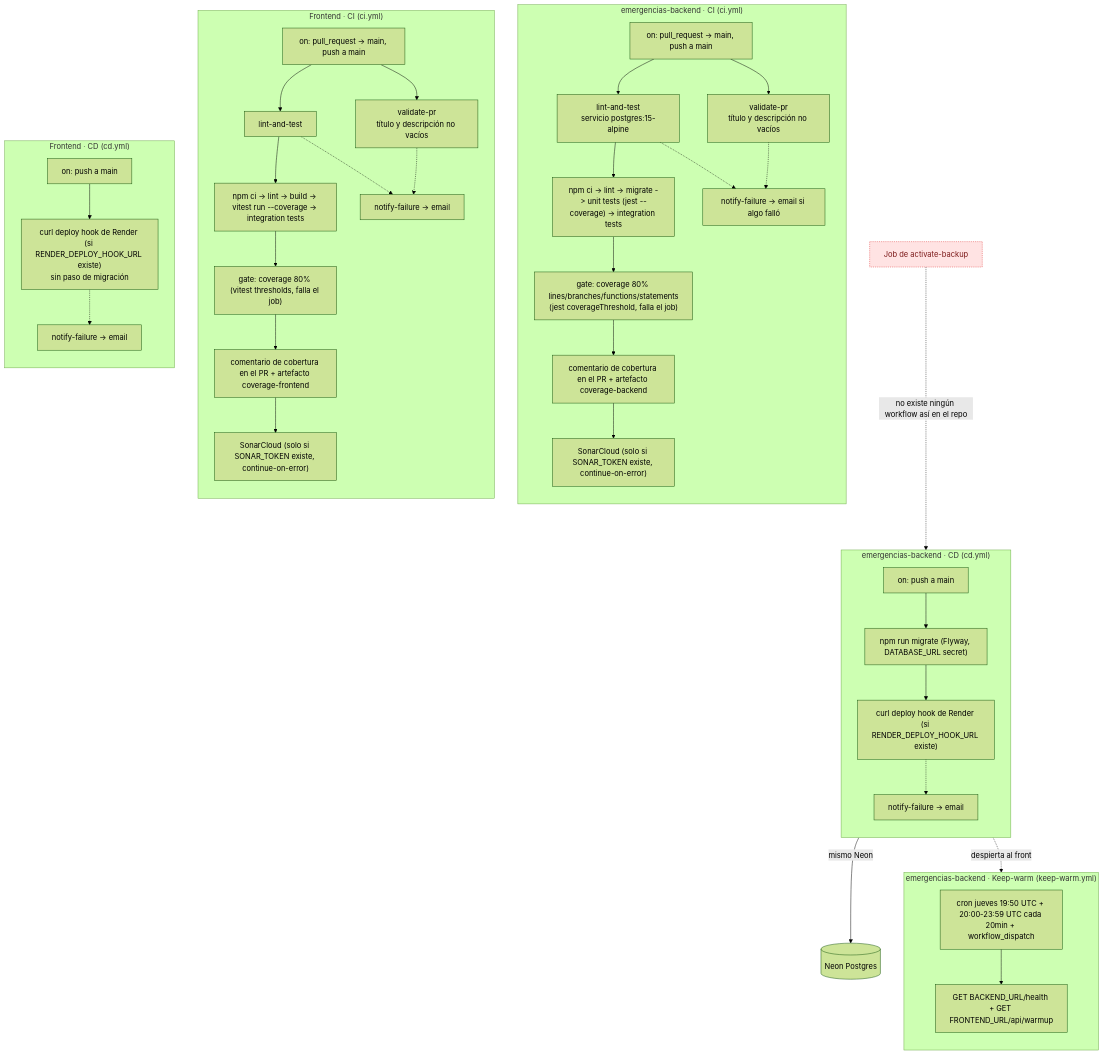
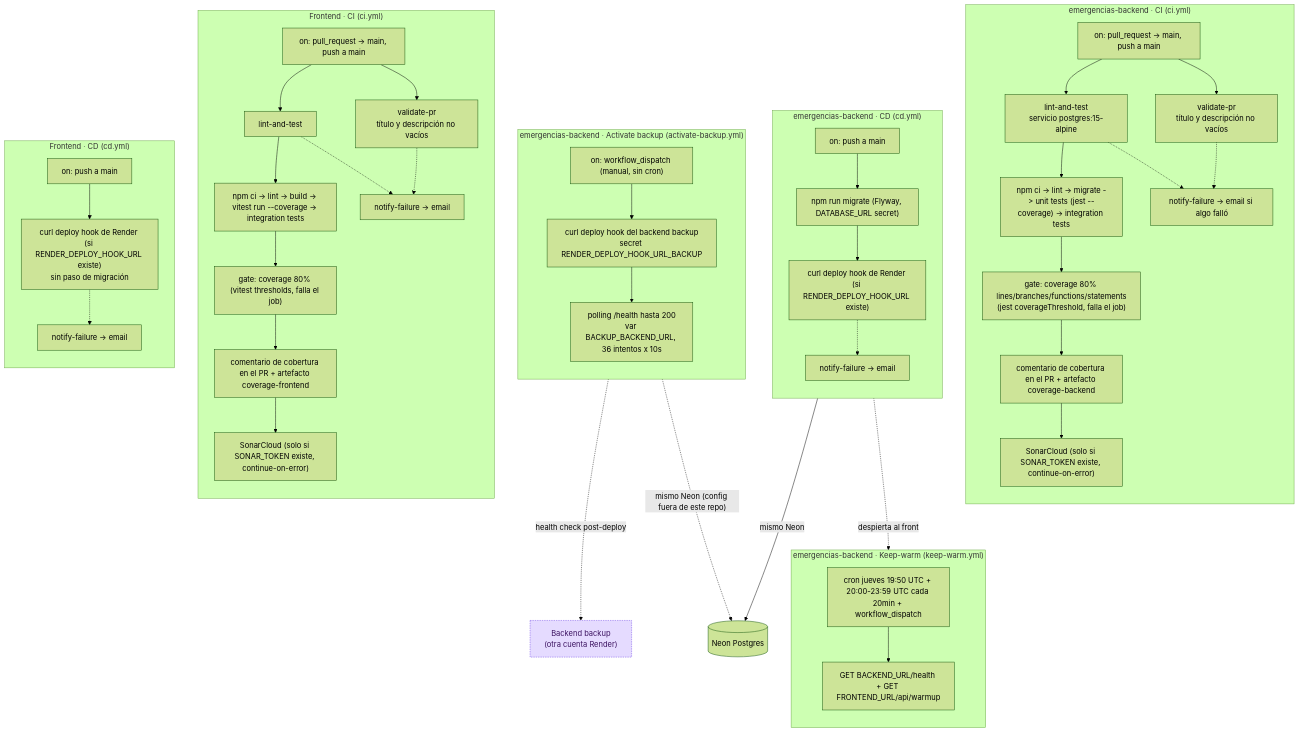
The diagram in docs/diagramas/07-ci-cd.md (G6D2/emergencias-backend), drawn with Mermaid (forest theme) before and after one commit. The commit also changed other lines of this file and 9 other files, not shown here.

````diff
--- a/docs/diagramas/07-ci-cd.md
+++ b/docs/diagramas/07-ci-cd.md
@@ -41,6 +41,14 @@
         kwCron --> kwPing
     end
 
+    subgraph backendBackup["emergencias-backend · Activate backup (activate-backup.yml)"]
+        direction TB
+        abTrigger["on: workflow_dispatch (manual, sin cron)"]
+        abHook["curl deploy hook del backend backup<br/>secret RENDER_DEPLOY_HOOK_URL_BACKUP"]
+        abWait["polling /health hasta 200<br/>var BACKUP_BACKEND_URL, 36 intentos x 10s"]
+        abTrigger --> abHook --> abWait
+    end
+
     subgraph frontendCI["Frontend · CI (ci.yml)"]
         direction TB
         fTrigger["on: pull_request -> main, push a main"]
@@ -72,8 +80,9 @@
     bDeploy -.->|"despierta al front"| kwPing
     bMigrate -->|"mismo Neon"| sharedDb[("Neon Postgres")]
 
-    activateBackup["Job de activate-backup"]:::missing
-    activateBackup -.->|"no existe ningún workflow así en el repo"| backendCD
+    backupSvc["Backend backup<br/>(otra cuenta Render)"]:::backup
+    abWait -.->|"health check post-deploy"| backupSvc
+    abHook -.->|"mismo Neon (config fuera de este repo)"| sharedDb
 
-    classDef missing fill:#ffe3e3,stroke:#e03131,color:#7d1a1a,stroke-width:1px,stroke-dasharray: 2 2;
+    classDef backup fill:#e5dbff,stroke:#7048e8,color:#3c1361,stroke-width:1px,stroke-dasharray: 3 2;
 ```
````
